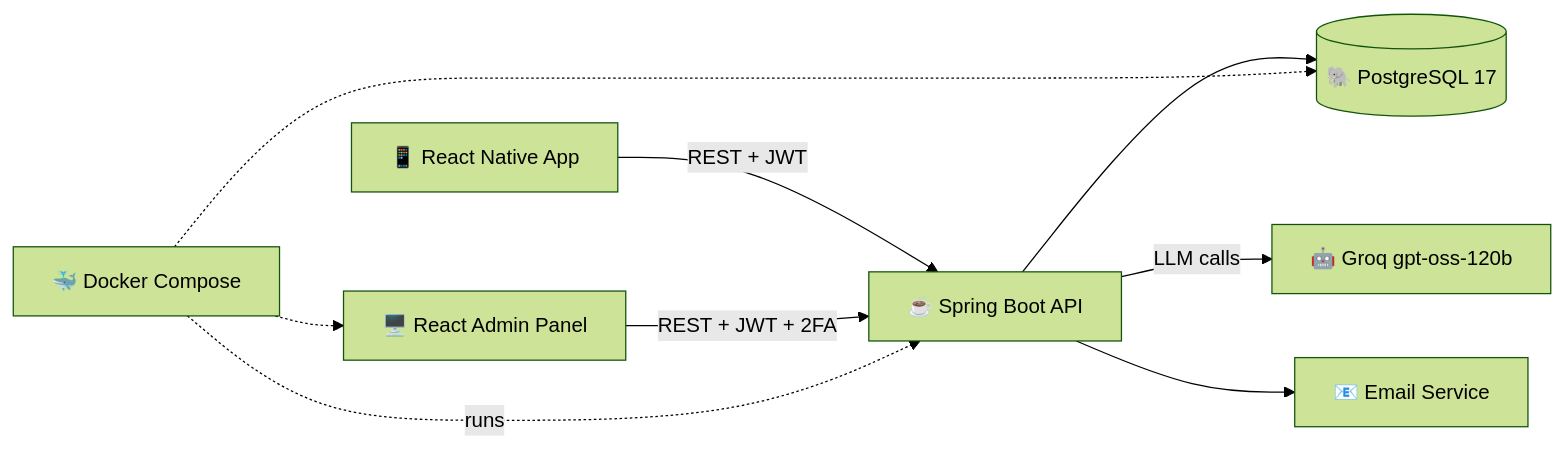
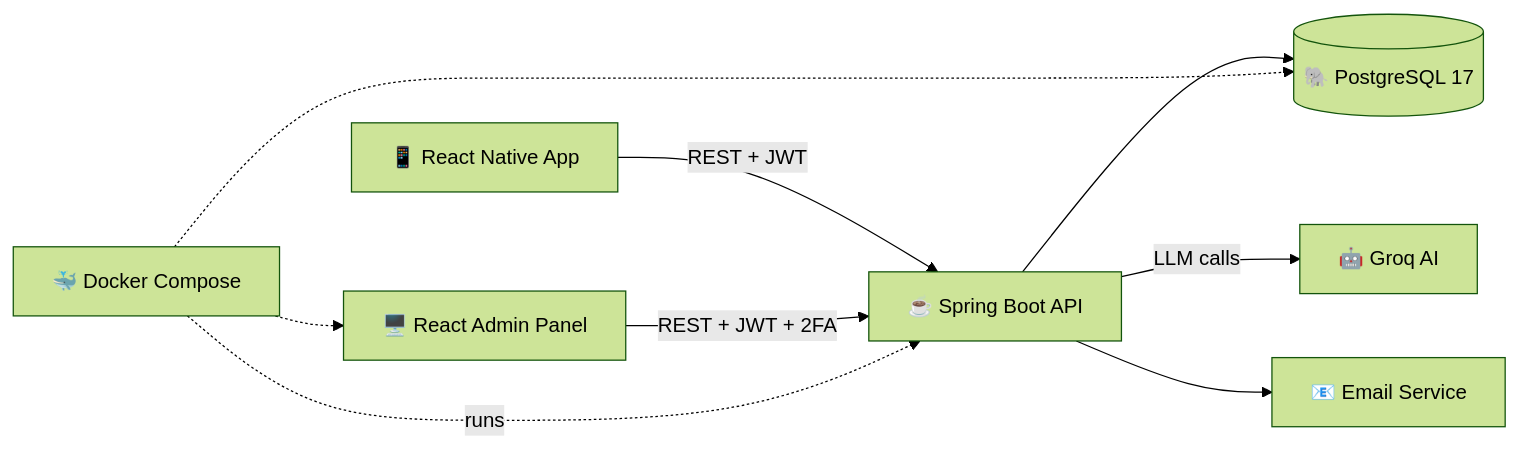
Before and after one commit to Hariskhatti/Hariskhatti: the first of 2 diagrams in README.md, drawn with Mermaid (forest theme). The commit also changed other lines of this file, not shown here.

````diff
--- a/README.md
+++ b/README.md
@@ -100,11 +147,11 @@
 ```mermaid
 flowchart LR
     A[📱 React Native App] -->|REST + JWT| C
     B[🖥️ React Admin Panel] -->|REST + JWT + 2FA| C
     C[☕ Spring Boot API] --> D[(🐘 PostgreSQL 17)]
-    C -->|LLM calls| E[🤖 Groq gpt-oss-120b]
+    C -->|LLM calls| E[🤖 Groq AI]
     C --> F[📧 Email Service]
     G[🐳 Docker Compose] -.->|runs| C
     G -.-> D
     G -.-> B
 ```
````
